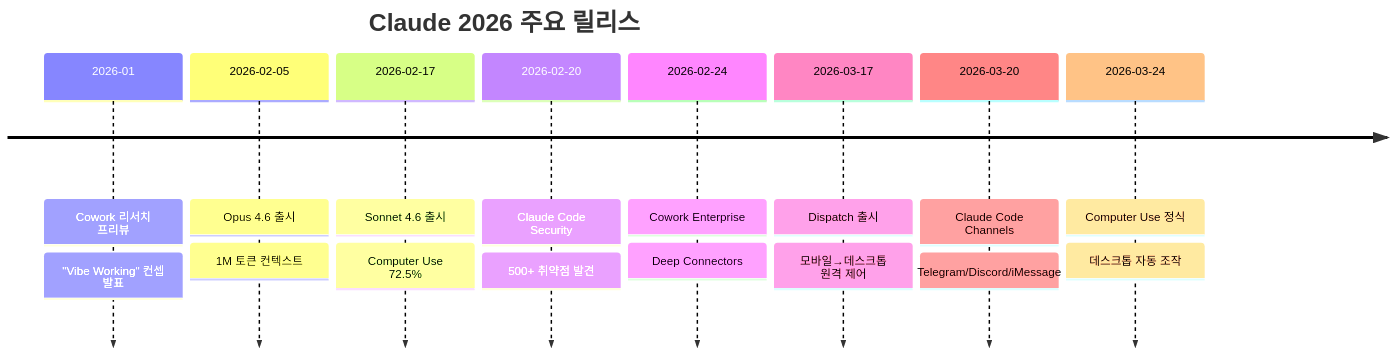
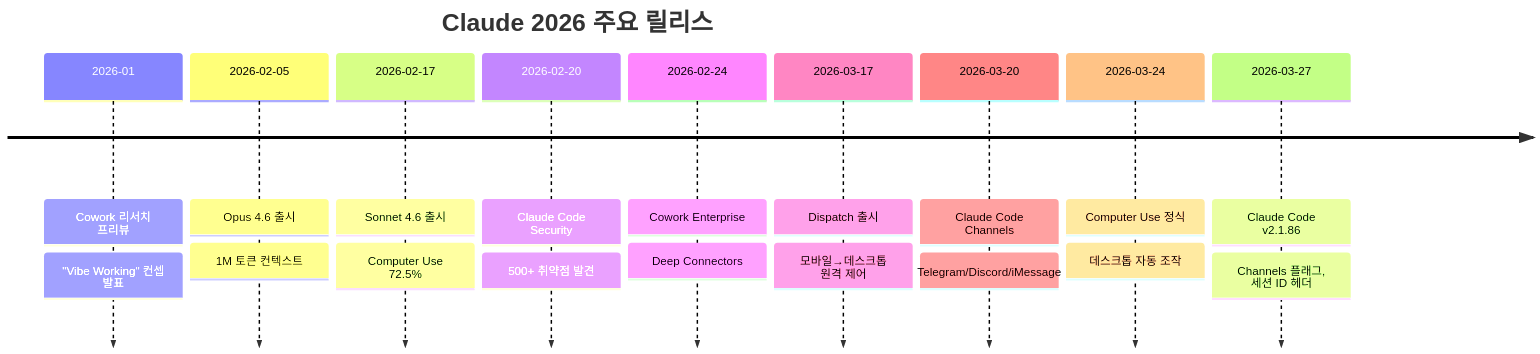
The diagram in tech/ai/claude/12-2026-updates.md (adszzz11/study), drawn with Mermaid before and after one commit. The commit also changed other lines of this file, not shown here.

First line of the commit message:
📝 [docs] Claude 업데이트 반영 - 2026-03-29

````diff
--- a/tech/ai/claude/12-2026-updates.md
+++ b/tech/ai/claude/12-2026-updates.md
@@ -17,20 +17,22 @@
 ```mermaid
 timeline
     title Claude 2026 주요 릴리스
     2026-01 : Cowork 리서치 프리뷰
            : "Vibe Working" 컨셉 발표
     2026-02-05 : Opus 4.6 출시
               : 1M 토큰 컨텍스트
     2026-02-17 : Sonnet 4.6 출시
               : Computer Use 72.5%
     2026-02-20 : Claude Code Security
               : 500+ 취약점 발견
     2026-02-24 : Cowork Enterprise
               : Deep Connectors
     2026-03-17 : Dispatch 출시
               : 모바일→데스크톱 원격 제어
     2026-03-20 : Claude Code Channels
               : Telegram/Discord/iMessage
     2026-03-24 : Computer Use 정식
               : 데스크톱 자동 조작
+    2026-03-27 : Claude Code v2.1.86
+              : Channels 플래그, 세션 ID 헤더
 ```
````
